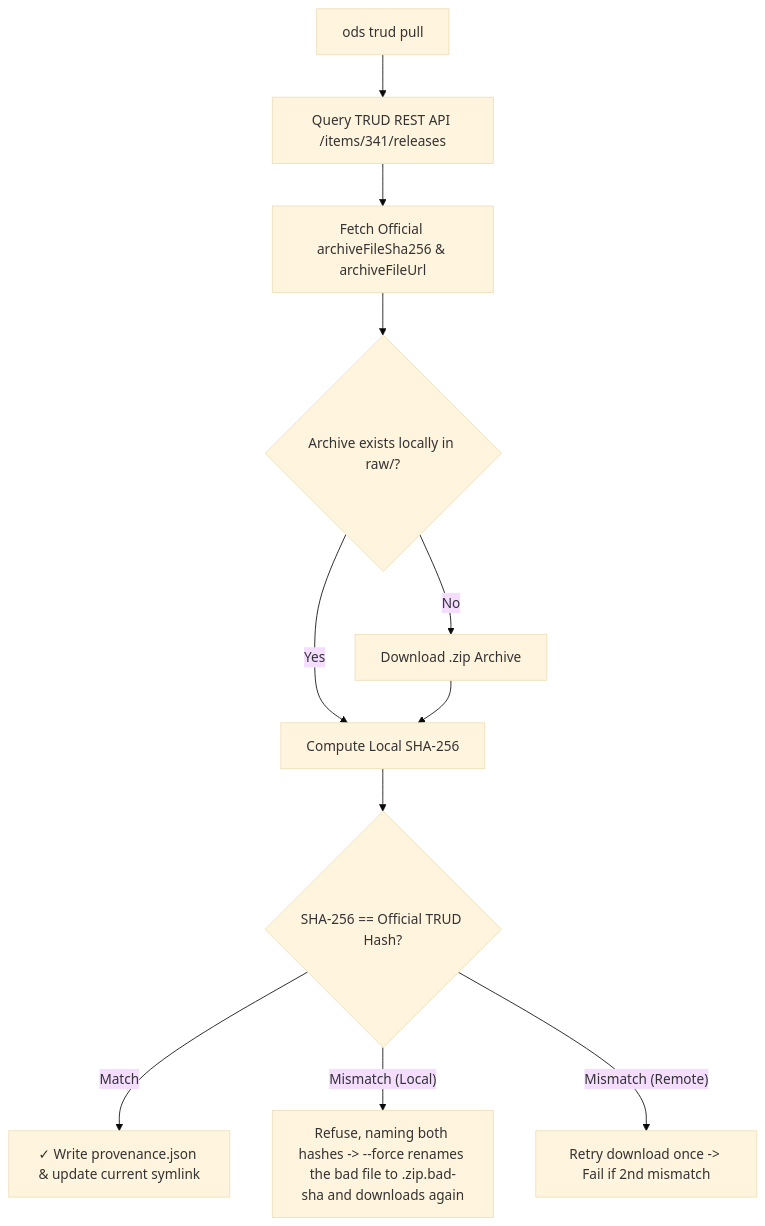
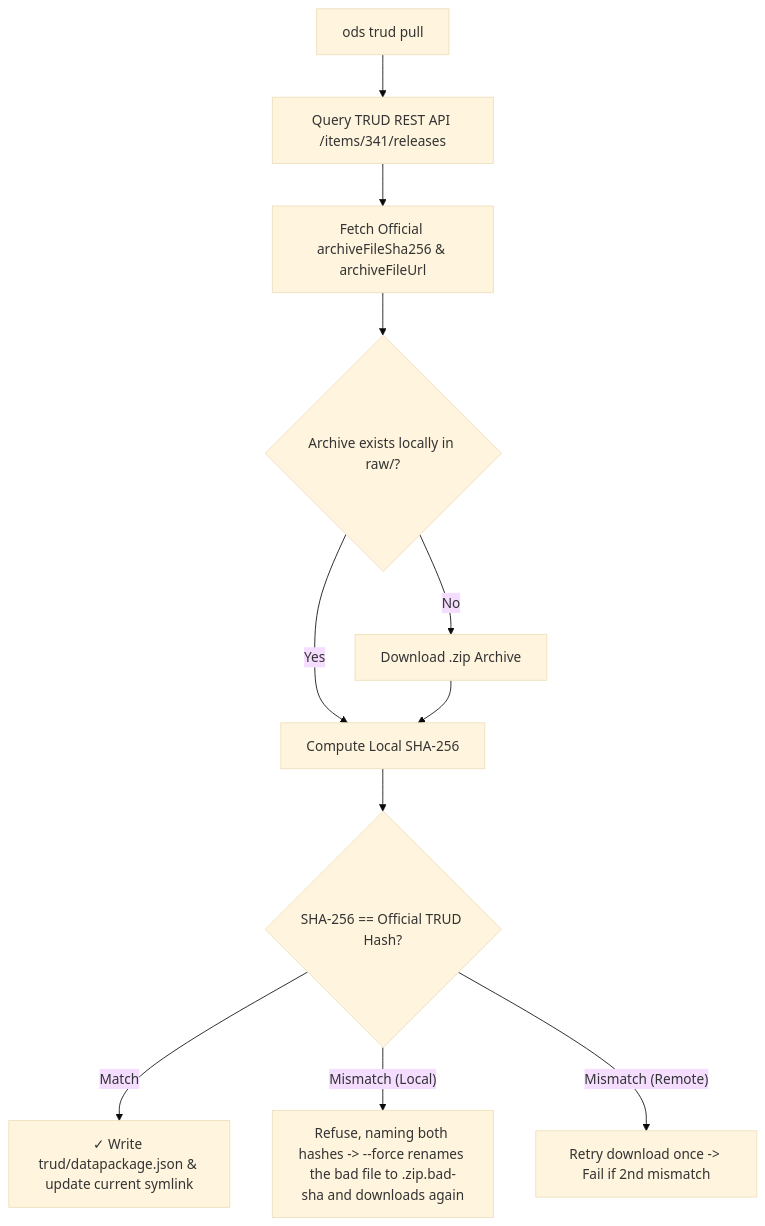
Before and after one commit to olizilla/ods: the diagram in docs/trud.md, drawn with Mermaid (base theme). The commit also changed other lines of this file and 76 other files, not shown here.

````diff
--- a/docs/trud.md
+++ b/docs/trud.md
@@ -122,13 +122,13 @@
 ```mermaid
 flowchart TD
     A[ods trud pull] --> B[Query TRUD REST API /items/341/releases]
     B --> C[Fetch Official archiveFileSha256 & archiveFileUrl]
     C --> D{Archive exists locally in raw/?}
     D -- Yes --> E[Compute Local SHA-256]
     D -- No --> F[Download .zip Archive]
     F --> E
     E --> G{SHA-256 == Official TRUD Hash?}
-    G -- Match --> H[✓ Write provenance.json & update current symlink]
+    G -- Match --> H[✓ Write trud/datapackage.json & update current symlink]
     G -- Mismatch (Local) --> I[Refuse, naming both hashes -> --force renames the bad file to .zip.bad-sha and downloads again]
     G -- Mismatch (Remote) --> J[Retry download once -> Fail if 2nd mismatch]
 ```
````
